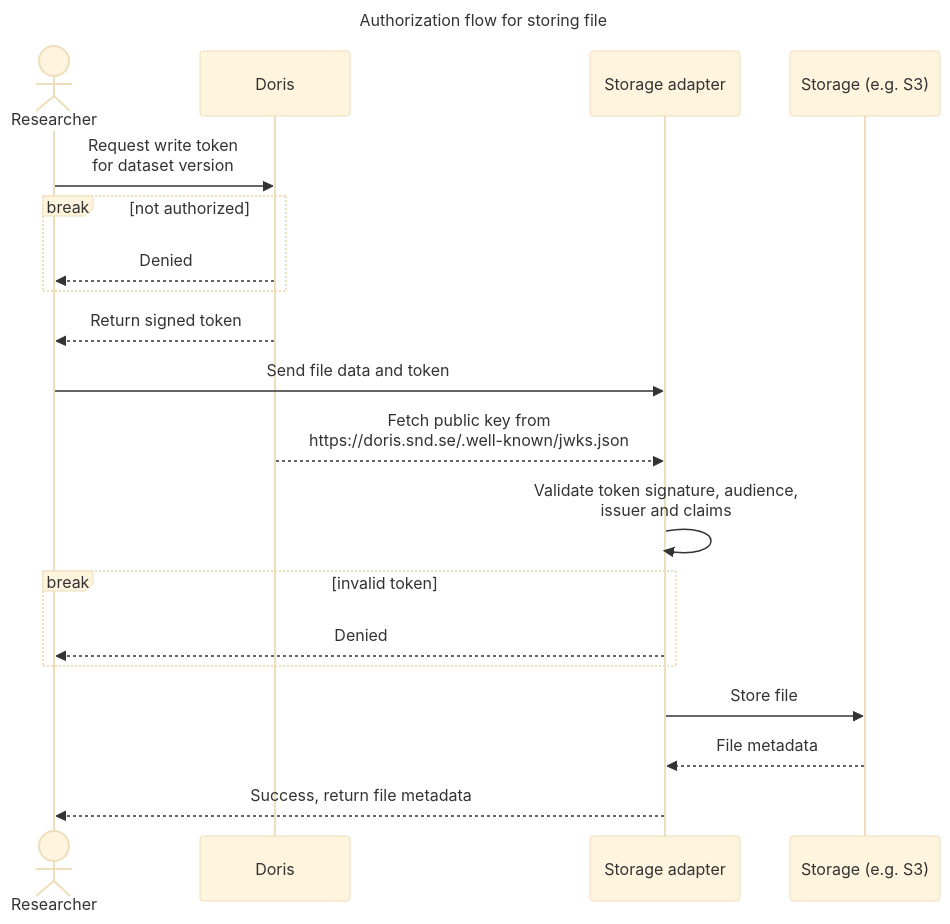
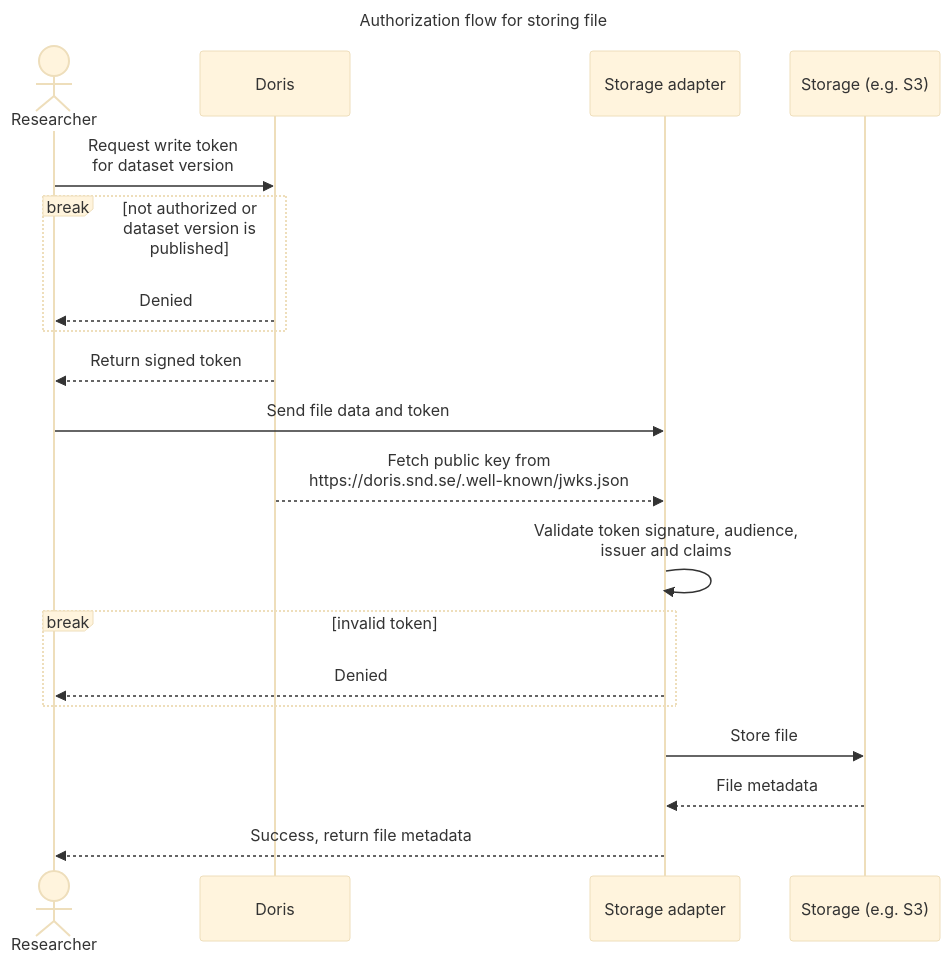
The third of 5 diagrams in README.md (snd-sweden/doris-storage-adapter), drawn with Mermaid (base theme) before and after one commit. The commit also changed other lines of this file, not shown here.

Commit message:
Update README.md flow diagrams

````diff
--- a/README.md
+++ b/README.md
@@ -45,24 +45,24 @@
 ```mermaid
 ---
 title: Authorization flow for storing file
 ---
 sequenceDiagram
     actor R as Researcher
     participant D as Doris
     participant SA as Storage adapter
     participant S as Storage (e.g. S3)
     R->>D: Request write token<br/>for dataset version
-    break not authorized
+    break not authorized or dataset version is published
         D-->>R: Denied
     end
     D-->>R: Return signed token
     R->>SA: Send file data and token
     D-->>SA: Fetch public key from<br/>https://doris.snd.se/.well-known/jwks.json
     SA->>SA: Validate token signature, audience,<br/>issuer and claims
     break invalid token
         SA-->>R: Denied
     end
     SA->>S: Store file
     S-->>SA: File metadata
     SA-->>R: Success, return file metadata
 ```
````
